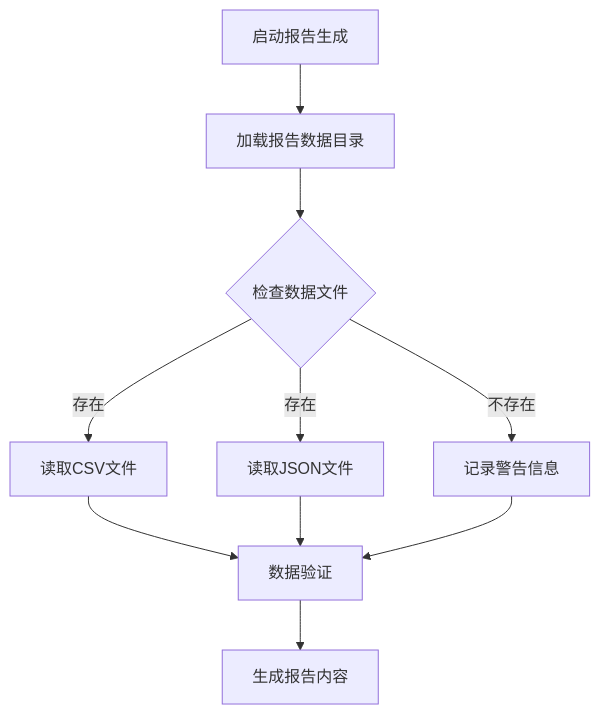
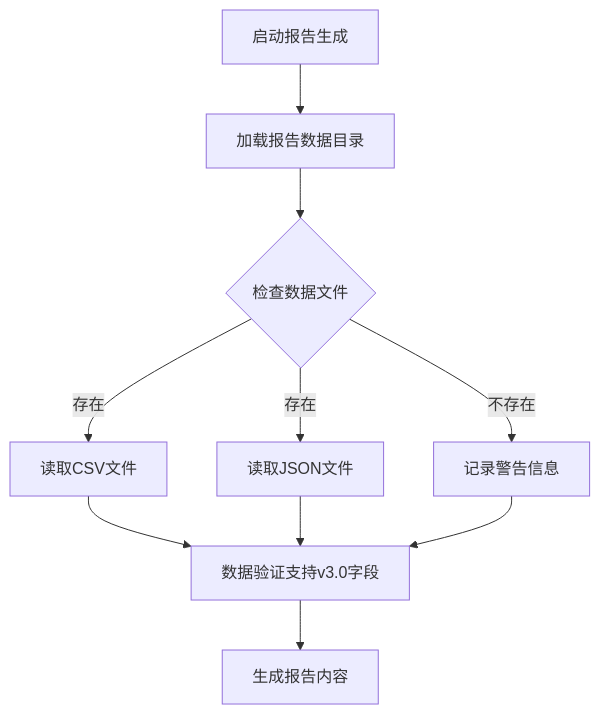
The third of 6 diagrams in .qoder/repowiki/zh/content/报告系统.md (cr71111/User_characteristics_repo), drawn with Mermaid before and after one commit. The commit also changed other lines of this file and 158 other files, not shown here.

````diff
--- a/.qoder/repowiki/zh/content/报告系统.md
+++ b/.qoder/repowiki/zh/content/报告系统.md
@@ -147,12 +163,12 @@
 ```mermaid
 flowchart TD
 A[启动报告生成] --> B[加载报告数据目录]
 B --> C{检查数据文件}
 C --> |存在| D[读取CSV文件]
 C --> |存在| E[读取JSON文件]
 C --> |不存在| F[记录警告信息]
-D --> G[数据验证]
+D --> G[数据验证支持v3.0字段]
 E --> G
 F --> G
 G --> H[生成报告内容]
 ```
````
